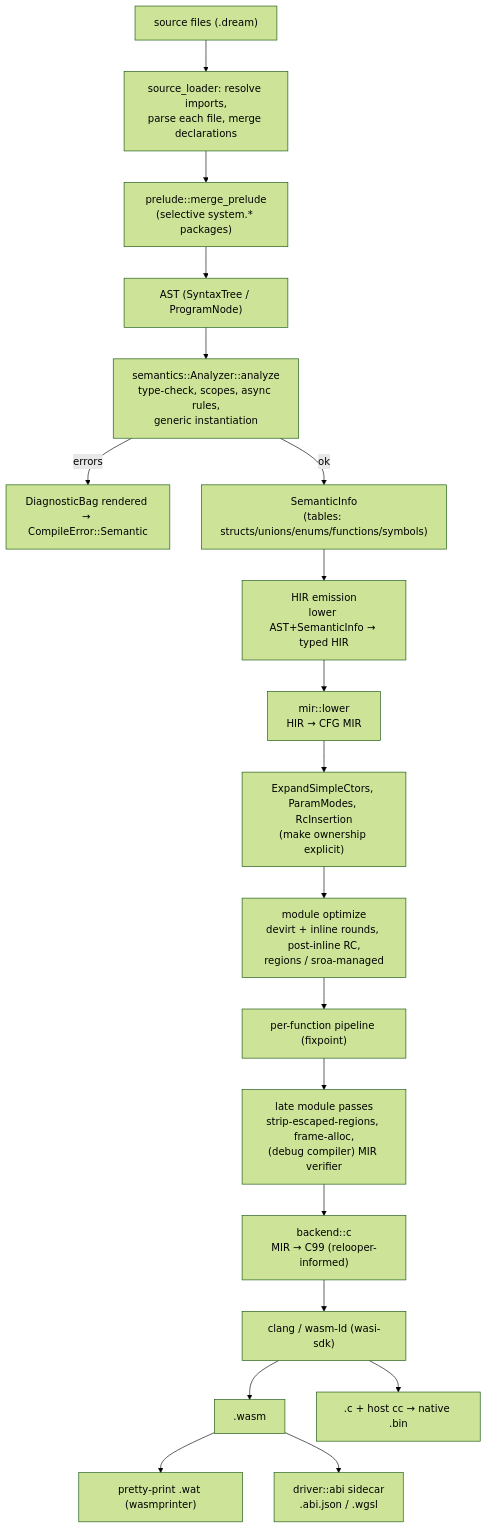
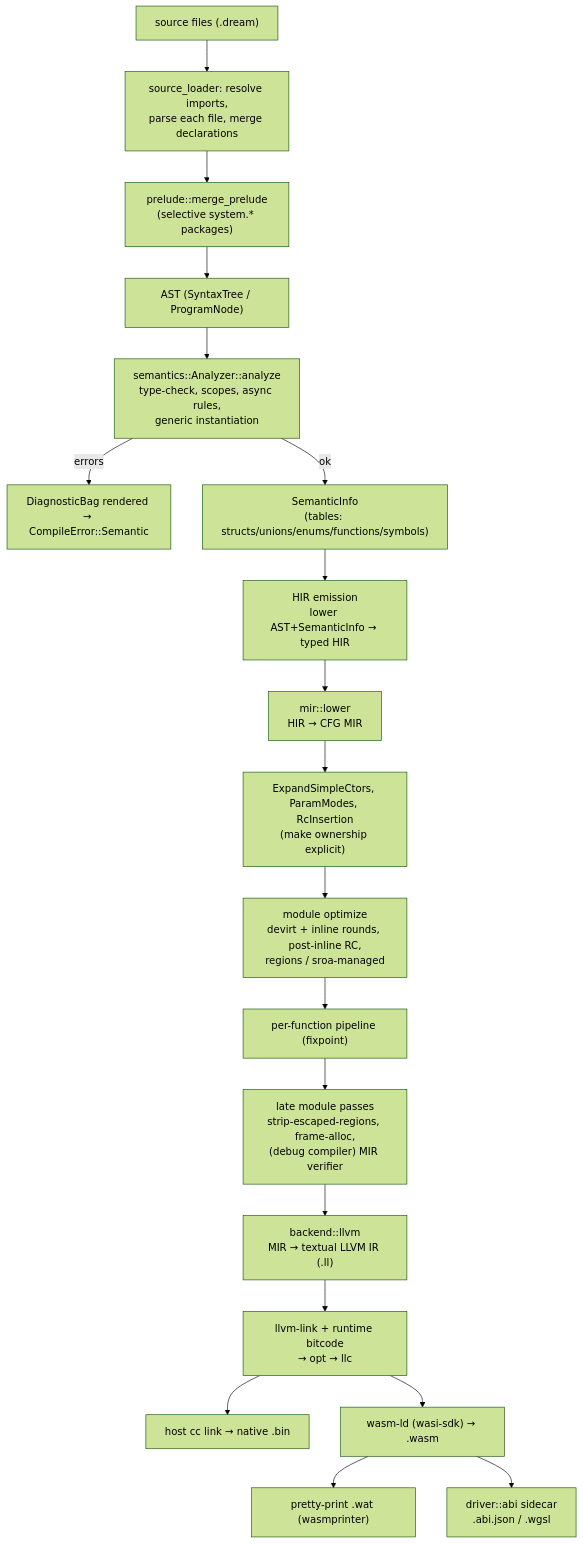
Before and after one commit to sps014/dream: the first of 2 diagrams in docs/internals/01-pipeline-overview.md, drawn with Mermaid (forest theme). The commit also changed other lines of this file and 212 other files, not shown here.

First line of the commit message:
Replace the C backend with a pure LLVM backend

````diff
--- a/docs/internals/01-pipeline-overview.md
+++ b/docs/internals/01-pipeline-overview.md
@@ -7,25 +7,25 @@
 ```mermaid
 flowchart TD
     src["source files (.dream)"]
     src --> load["source_loader: resolve imports,\nparse each file, merge declarations"]
     load --> prelude["prelude::merge_prelude\n(selective system.* packages)"]
     prelude --> ast["AST (SyntaxTree / ProgramNode)"]
 
     ast --> analyze["semantics::Analyzer::analyze\ntype-check, scopes, async rules,\ngeneric instantiation"]
     analyze -->|errors| diag["DiagnosticBag rendered → CompileError::Semantic"]
     analyze -->|ok| info["SemanticInfo\n(tables: structs/unions/enums/functions/symbols)"]
 
     info --> hir["HIR emission\nlower AST+SemanticInfo → typed HIR"]
     hir --> mir["mir::lower\nHIR → CFG MIR"]
     mir --> rc["ExpandSimpleCtors, ParamModes, RcInsertion\n(make ownership explicit)"]
     rc --> opt["module optimize\ndevirt + inline rounds, post-inline RC,\nregions / sroa-managed"]
     opt --> perfn["per-function pipeline (fixpoint)"]
     perfn --> late["late module passes\nstrip-escaped-regions, frame-alloc,\n(debug compiler) MIR verifier"]
-    late --> emit["backend::c\nMIR → C99 (relooper-informed)"]
+    late --> emit["backend::llvm\nMIR → textual LLVM IR (.ll)"]
 
-    emit --> cc["clang / wasm-ld (wasi-sdk)"]
-    cc --> wasm[".wasm"]
-    cc --> nat[".c + host cc → native .bin"]
+    emit --> link["llvm-link + runtime bitcode\n→ opt → llc"]
+    link --> nat["host cc link → native .bin"]
+    link --> wasm["wasm-ld (wasi-sdk) → .wasm"]
     wasm --> wat["pretty-print .wat (wasmprinter)"]
     wasm --> abi["driver::abi sidecar\n.abi.json / .wgsl"]
 ```
````
